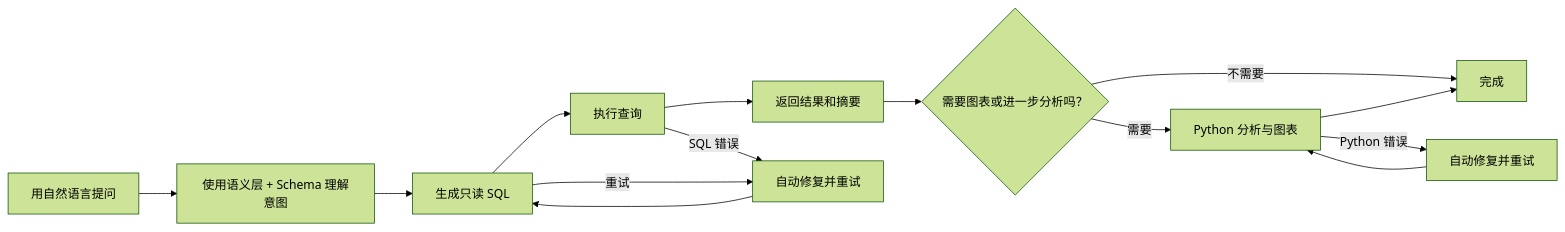
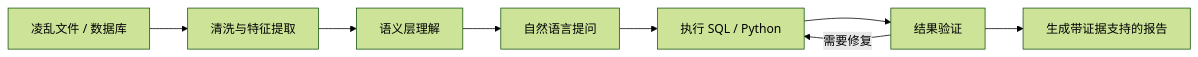
Before and after one commit to MoonMao42/ReceiptBI: the diagram in README.zh.md, drawn with Mermaid (forest theme). The commit also changed other lines of this file and 365 other files, not shown here.

First line of the commit message:
feat: ReceiptBI v3 — conversational data analysis with reports, semantic layer, and desktop app

````diff
--- a/README.zh.md
+++ b/README.zh.md
@@ -22,16 +22,10 @@
 ```mermaid
 flowchart LR
-    query["用自然语言提问"] --> context["使用语义层 + Schema 理解意图"]
-    context --> sql["生成只读 SQL"]
-    sql --> execute["执行查询"]
-    execute --> result["返回结果和摘要"]
-    result --> decision{"需要图表或进一步分析吗？"}
-    decision -->|需要| python["Python 分析与图表"]
-    decision -->|不需要| done["完成"]
-    python --> done
-    execute -->|SQL 错误| repair_sql["自动修复并重试"]
-    sql -->|重试| repair_sql
-    python -->|Python 错误| repair_py["自动修复并重试"]
-    repair_sql --> sql
-    repair_py --> python
+    data["凌乱文件 / 数据库"] --> prep["清洗与特征提取"]
+    prep --> semantic["语义层理解"]
+    semantic --> ask["自然语言提问"]
+    ask --> run["执行 SQL / Python"]
+    run --> validate["结果验证"]
+    validate -->|需要修复| run
+    validate --> report["生成带证据支持的报告"]
 ```
````
